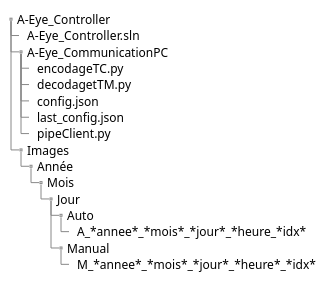
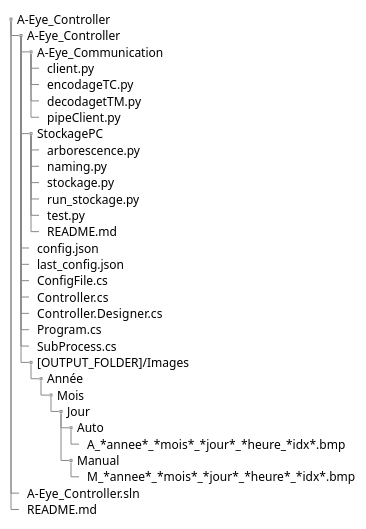
One commit to GuilhemROLLAND/A-Eye_Documentation changed the second of 2 diagrams in plantuml/A-Eye_arboresence.plantuml. Above: the diagram before and after it, drawn with PlantUML. The commit also changed other lines of this file and 2 other files, not shown here.

Commit message:
arborescence update

```diff
--- a/plantuml/A-Eye_arboresence.plantuml
+++ b/plantuml/A-Eye_arboresence.plantuml
@@ -34,23 +47,38 @@
 @startsalt arbo_PC
 {
     {T
-        +A-Eye_Controller
-            ++A-Eye_Controller.sln
-            ++A-Eye_CommunicationPC
-                +++encodageTC.py
-                +++decodagetTM.py
-                +++config.json
-                +++last_config.json
-                +++pipeClient.py
-            ++Images
-                +++Année
-                    ++++Mois
-                        +++++Jour
-                            ++++++Auto
-                                +++++++A_*annee*_*mois*_*jour*_*heure_*idx*
-                            ++++++Manual
-                                +++++++M_*annee*_*mois*_*jour*_*heure*_*idx*
+    +A-Eye_Controller
+        ++A-Eye_Controller
+            +++A-Eye_Communication
+                ++++client.py
+                ++++encodageTC.py
+                ++++decodagetTM.py
+                ++++pipeClient.py
+            +++StockagePC
+                ++++arborescence.py
+                ++++naming.py
+                ++++stockage.py
+                ++++run_stockage.py
+                ++++test.py
+                ++++README.md                
+            +++config.json
+            +++last_config.json
+            +++ConfigFile.cs
+            +++Controller.cs
+            +++Controller.Designer.cs
+            +++Program.cs
+            +++SubProcess.cs
+            +++[OUTPUT_FOLDER]/Images
+                ++++Année
+                    +++++Mois
+                        ++++++Jour
+                            +++++++Auto
+                                ++++++++A_*annee*_*mois*_*jour*_*heure_*idx*.bmp
+                            +++++++Manual
+                                ++++++++M_*annee*_*mois*_*jour*_*heure*_*idx*.bmp
+        ++A-Eye_Controller.sln
+        ++README.md
     }
 }
 
 @endsalt
```
